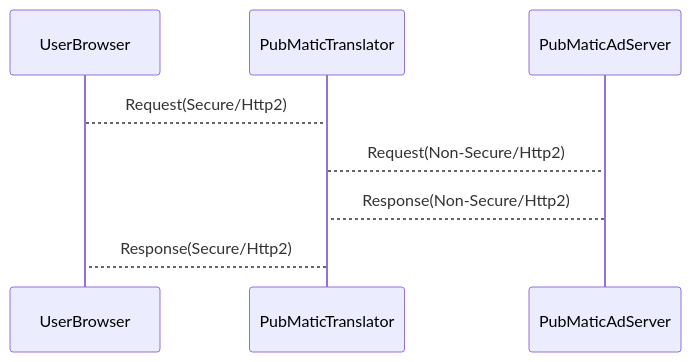
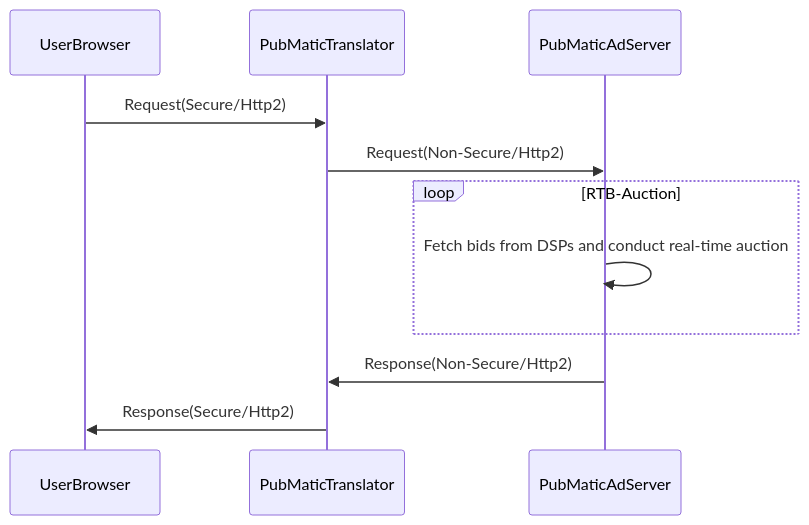
The second of 2 diagrams in cf-translator.md (pm-harshad-mane/mermaid-test), drawn with Mermaid before and after one commit.

````diff
--- a/cf-translator.md
+++ b/cf-translator.md
@@ -15,10 +15,13 @@
 ```mermaid
 sequenceDiagram
     participant UserBrowser
     participant PubMaticTranslator
     participant PubMaticAdServer
-    UserBrowser-->PubMaticTranslator: Request(Secure/Http2)
-    PubMaticTranslator-->PubMaticAdServer: Request(Non-Secure/Http2)
-    PubMaticAdServer-->PubMaticTranslator: Response(Non-Secure/Http2)
-    PubMaticTranslator-->UserBrowser: Response(Secure/Http2)   
+    UserBrowser->>PubMaticTranslator: Request(Secure/Http2)
+    PubMaticTranslator->>PubMaticAdServer: Request(Non-Secure/Http2)
+    loop RTB-Auction
+        PubMaticAdServer->>PubMaticAdServer: Fetch bids from DSPs and conduct real-time auction
+    end
+    PubMaticAdServer->>PubMaticTranslator: Response(Non-Secure/Http2)
+    PubMaticTranslator->>UserBrowser: Response(Secure/Http2)   
 ```
````
